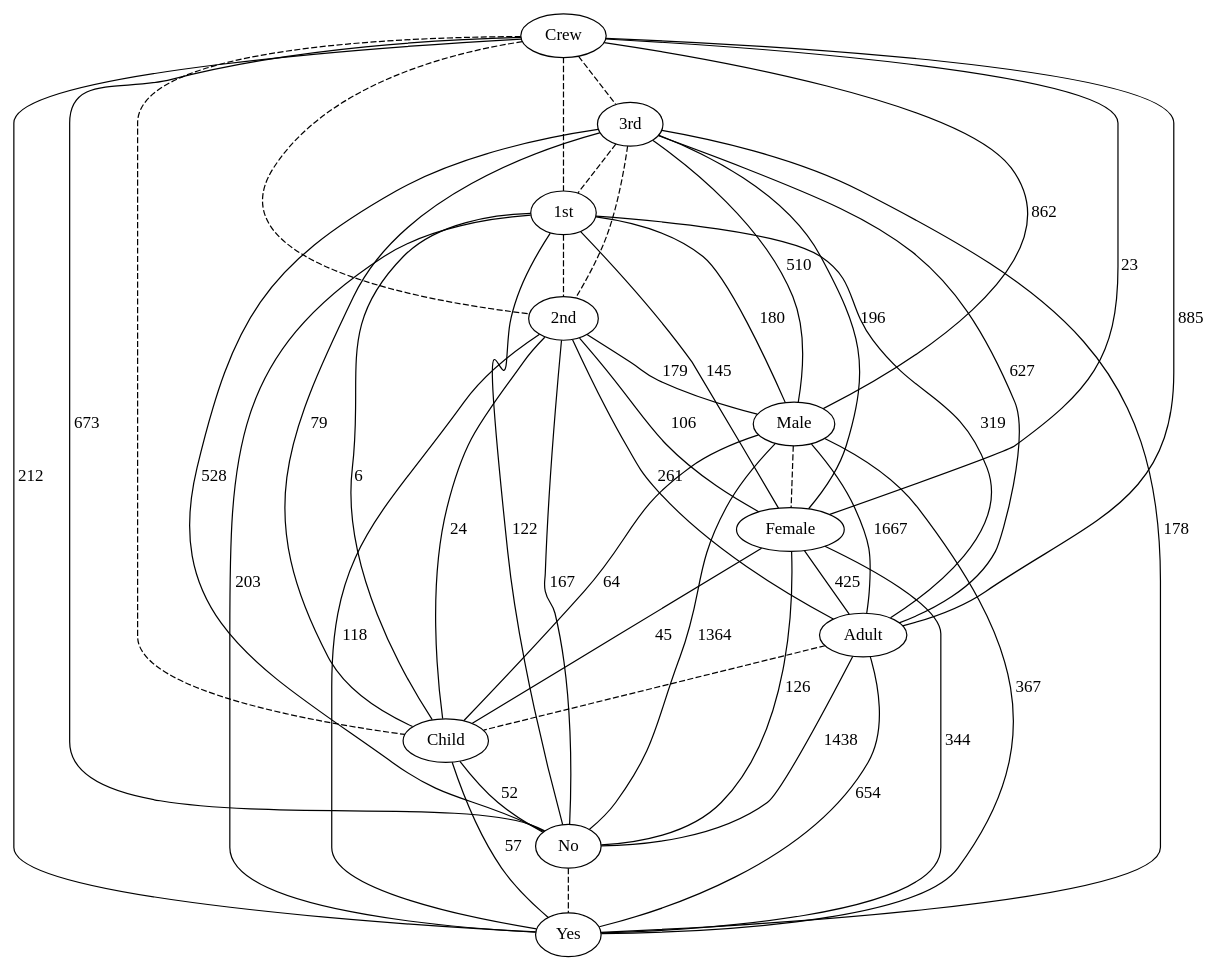
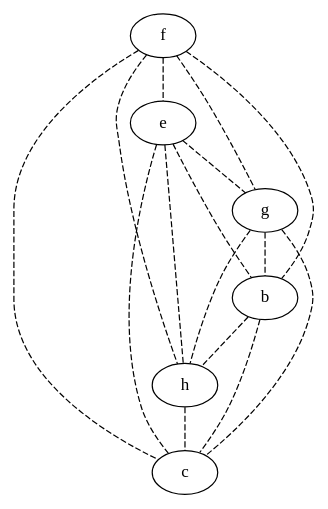
Before and after one commit to lrodrin/TFG: the diagram in src/extension/plainGraph.dot, drawn with Graphviz. The commit also changed 9 other files, not shown here.

```diff
--- a/src/extension/plainGraph.dot
+++ b/src/extension/plainGraph.dot
@@ -1,57 +1,23 @@
 strict graph "" {
-Crew;
-"3rd";
-"1st";
-"2nd";
-Male;
-Female;
-Adult;
-Child;
-No;
-Yes;
-Crew -- "3rd"  [color=black, style=dashed];
-Crew -- "1st"  [color=black, style=dashed];
-Crew -- "2nd"  [color=black, style=dashed];
-Crew -- Male  [color=black, label=862, style=solid];
-Crew -- Female  [color=black, label=23, style=solid];
-Crew -- Adult  [color=black, label=885, style=solid];
-Crew -- Child  [color=black, style=dashed];
-Crew -- No  [color=black, label=673, style=solid];
-Crew -- Yes  [color=black, label=212, style=solid];
-"3rd" -- "1st"  [color=black, style=dashed];
-"3rd" -- "2nd"  [color=black, style=dashed];
-"3rd" -- Male  [color=black, label=510, style=solid];
-"3rd" -- Female  [color=black, label=196, style=solid];
-"3rd" -- Adult  [color=black, label=627, style=solid];
-"3rd" -- Child  [color=black, label=79, style=solid];
-"3rd" -- No  [color=black, label=528, style=solid];
-"3rd" -- Yes  [color=black, label=178, style=solid];
-"1st" -- "2nd"  [color=black, style=dashed];
-"1st" -- Male  [color=black, label=180, style=solid];
-"1st" -- Female  [color=black, label=145, style=solid];
-"1st" -- Adult  [color=black, label=319, style=solid];
-"1st" -- Child  [color=black, label=6, style=solid];
-"1st" -- No  [color=black, label=122, style=solid];
-"1st" -- Yes  [color=black, label=203, style=solid];
-"2nd" -- Male  [color=black, label=179, style=solid];
-"2nd" -- Female  [color=black, label=106, style=solid];
-"2nd" -- Adult  [color=black, label=261, style=solid];
-"2nd" -- Child  [color=black, label=24, style=solid];
-"2nd" -- No  [color=black, label=167, style=solid];
-"2nd" -- Yes  [color=black, label=118, style=solid];
-Male -- Female  [color=black, style=dashed];
-Male -- Adult  [color=black, label=1667, style=solid];
-Male -- Child  [color=black, label=64, style=solid];
-Male -- No  [color=black, label=1364, style=solid];
-Male -- Yes  [color=black, label=367, style=solid];
-Female -- Adult  [color=black, label=425, style=solid];
-Female -- Child  [color=black, label=45, style=solid];
-Female -- No  [color=black, label=126, style=solid];
-Female -- Yes  [color=black, label=344, style=solid];
-Adult -- Child  [color=black, style=dashed];
-Adult -- No  [color=black, label=1438, style=solid];
-Adult -- Yes  [color=black, label=654, style=solid];
-Child -- No  [color=black, label=52, style=solid];
-Child -- Yes  [color=black, label=57, style=solid];
-No -- Yes  [color=black, style=dashed];
+f;
+e;
+g;
+b;
+h;
+c;
+f -- e  [color=black, style=dashed];
+f -- g  [color=black, style=dashed];
+f -- b  [color=black, style=dashed];
+f -- h  [color=black, style=dashed];
+f -- c  [color=black, style=dashed];
+e -- g  [color=black, style=dashed];
+e -- b  [color=black, style=dashed];
+e -- h  [color=black, style=dashed];
+e -- c  [color=black, style=dashed];
+g -- b  [color=black, style=dashed];
+g -- h  [color=black, style=dashed];
+g -- c  [color=black, style=dashed];
+b -- h  [color=black, style=dashed];
+b -- c  [color=black, style=dashed];
+h -- c  [color=black, style=dashed];
 }
```
